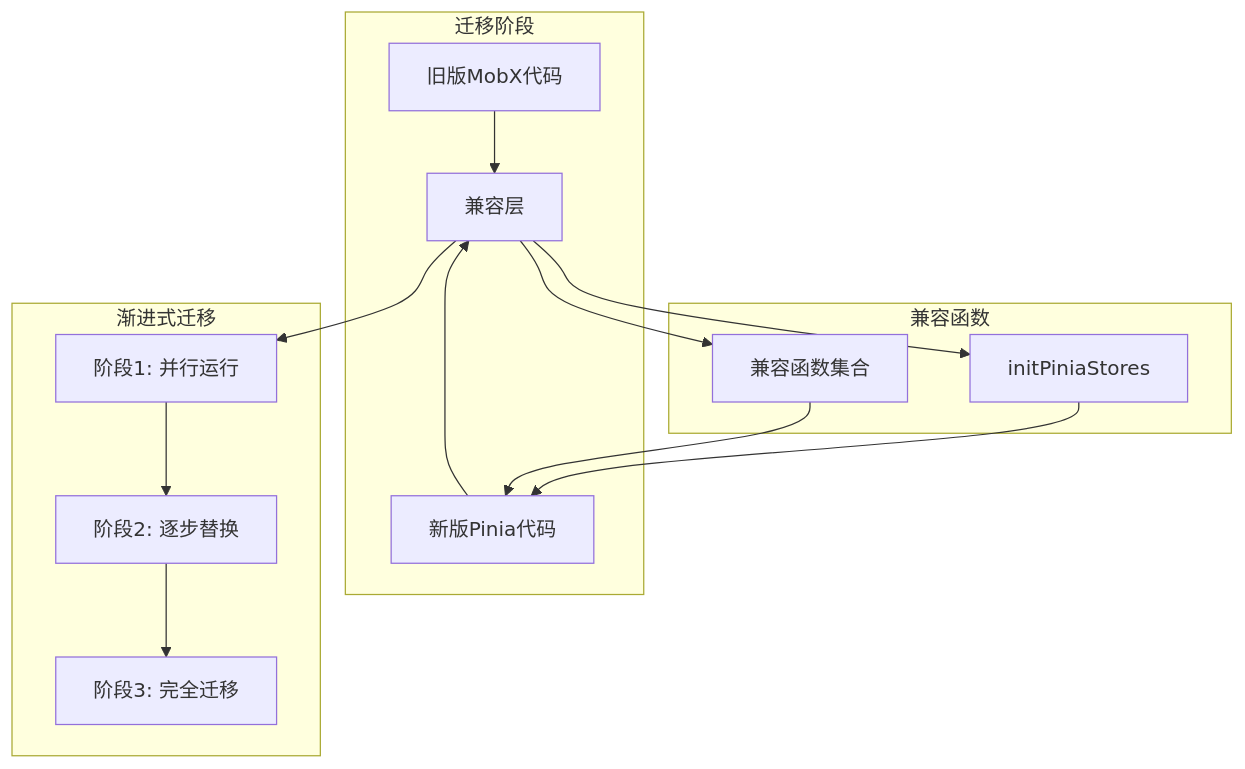
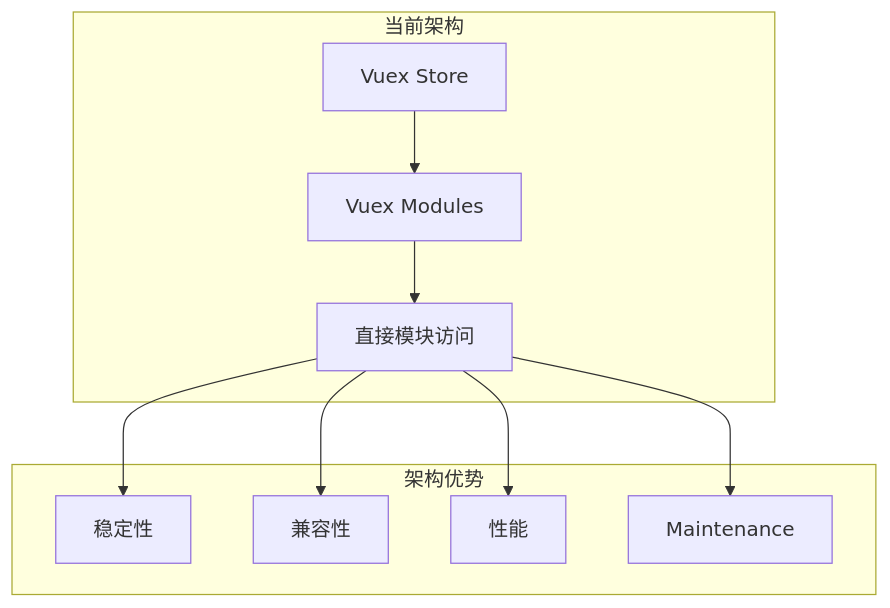
The ninth of 11 diagrams in .qoder/repowiki/zh/content/核心架构/Store状态管理系统架构/Pinia状态管理概览.md (Easemob-Community/easemob-uikit-uniapp-community), drawn with Mermaid before and after one commit. The commit also changed other lines of this file and 14 other files, not shown here.

````diff
--- a/.qoder/repowiki/zh/content/核心架构/Store状态管理系统架构/Pinia状态管理概览.md
+++ b/.qoder/repowiki/zh/content/核心架构/Store状态管理系统架构/Pinia状态管理概览.md
@@ -510,26 +495,20 @@
 ```mermaid
 flowchart TD
-subgraph "迁移阶段"
-Old[旧版MobX代码]
-New[新版Pinia代码]
-Compatibility[兼容层]
+subgraph "当前架构"
+VuexStore[Vuex Store]
+Modules[Vuex Modules]
+DirectAccess[直接模块访问]
 end
-subgraph "兼容函数"
-InitPiniaStores[initPiniaStores]
-CompatFunctions[兼容函数集合]
+subgraph "架构优势"
+Stability[稳定性]
+Compatibility[兼容性]
+Performance[性能]
+Maintenance[Maintenance]
 end
-Old --> Compatibility
-New --> Compatibility
-Compatibility --> InitPiniaStores
-Compatibility --> CompatFunctions
-InitPiniaStores --> New
-CompatFunctions --> New
-subgraph "渐进式迁移"
-Phase1[阶段1: 并行运行]
-Phase2[阶段2: 逐步替换]
-Phase3[阶段3: 完全迁移]
-end
-Compatibility --> Phase1
-Phase1 --> Phase2
-Phase2 --> Phase3
+VuexStore --> Modules
+Modules --> DirectAccess
+DirectAccess --> Stability
+DirectAccess --> Compatibility
+DirectAccess --> Performance
+DirectAccess --> Maintenance
 ```
````
